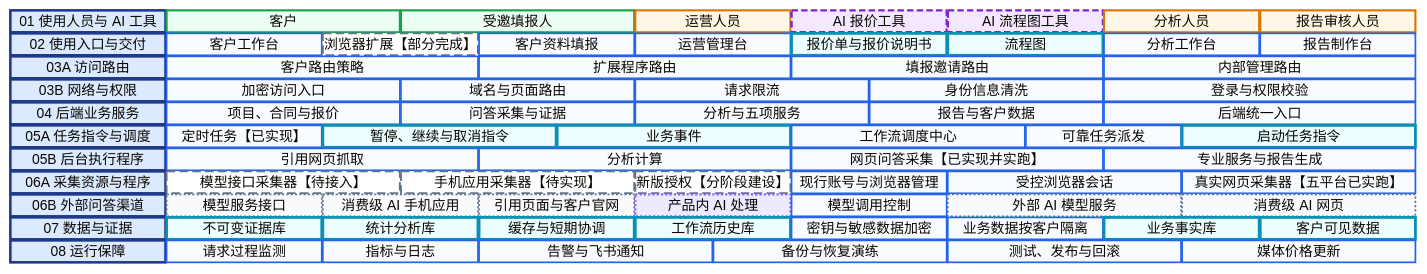
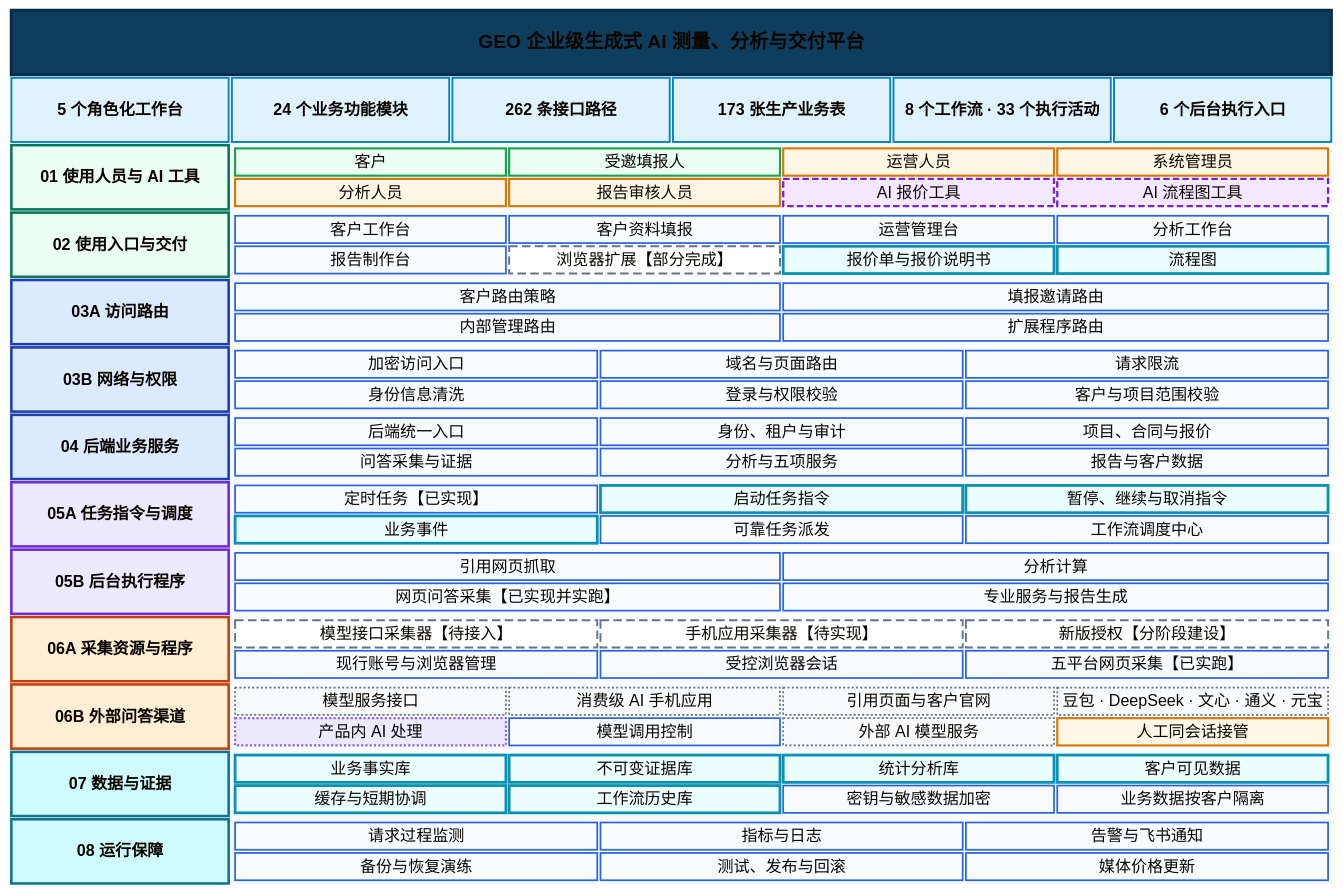
The first of 6 diagrams in docs/architecture/05-core-diagram-1-developer-refined.md (xln3/platform-v2), drawn with Mermaid before and after one commit. The commit also changed other lines of this file, not shown here.

Commit message:
docs: refine GEO architecture overview

```diff
--- a/docs/architecture/05-core-diagram-1-developer-refined.md
+++ b/docs/architecture/05-core-diagram-1-developer-refined.md
@@ -28,106 +28,158 @@
 ~~~mermaid
 %%{init: {
   "theme": "base",
-  "block": {"padding": 1},
-  "themeCSS": ".nodeLabel p { line-height: 1.05 !important; margin: 0 !important; } .label foreignObject div { line-height: 1.05 !important; }",
+  "block": {"padding": 3},
+  "themeCSS": ".nodeLabel p { line-height: 1.15 !important; margin: 0 !important; } .label foreignObject div { line-height: 1.15 !important; }",
   "themeVariables": {
     "fontFamily": "Inter, Noto Sans SC, Microsoft YaHei, sans-serif",
-    "fontSize": "13px",
+    "fontSize": "15px",
     "lineColor": "#475569"
   }
 }}%%
 block-beta
-    columns 18
+    columns 12
+
+    TITLE["GEO 企业级生成式 AI 测量、分析与交付平台"]:12
+
+    SCALE_1["5 个角色化工作台"]:2
+    SCALE_2["24 个业务功能模块"]:2
+    SCALE_3["262 条接口路径"]:2
+    SCALE_4["173 张生产业务表"]:2
+    SCALE_5["8 个工作流 · 33 个执行活动"]:2
+    SCALE_6["6 个后台执行入口"]:2
 
     H1["01 使用人员与 AI 工具"]:2
-    CUSTOMER["客户"]:3
-    INVITEE["受邀填报人"]:3
-    OPERATOR["运营人员"]:2
-    QUOTATION_SKILL["AI 报价工具"]:2
-    DIAGRAM_SKILL["AI 流程图工具"]:2
-    ANALYST["分析人员"]:2
-    REVIEWER["报告审核人员"]:2
+    block:L1:10
+        columns 4
+        CUSTOMER["客户"]
+        INVITEE["受邀填报人"]
+        OPERATOR["运营人员"]
+        ADMIN["系统管理员"]
+        ANALYST["分析人员"]
+        REVIEWER["报告审核人员"]
+        QUOTATION_SKILL["AI 报价工具"]
+        DIAGRAM_SKILL["AI 流程图工具"]
+    end
 
     H2["02 使用入口与交付"]:2
-    CUSTOMER_WEB["客户工作台"]:2
-    TERMINAL_EXTENSION["浏览器扩展【部分完成】"]:2
-    INTAKE_FORM["客户资料填报"]:2
-    OPERATIONS_WEB["运营管理台"]:2
-    COMMERCIAL_DOCS["报价单与报价说明书"]:2
-    FLOW_DOC["流程图"]:2
-    INTELLIGENCE_WEB["分析工作台"]:2
-    REPORT_STUDIO["报告制作台"]:2
+    block:L2:10
+        columns 4
+        CUSTOMER_WEB["客户工作台"]
+        INTAKE_FORM["客户资料填报"]
+        OPERATIONS_WEB["运营管理台"]
+        INTELLIGENCE_WEB["分析工作台"]
+        REPORT_STUDIO["报告制作台"]
+        TERMINAL_EXTENSION["浏览器扩展【部分完成】"]
+        COMMERCIAL_DOCS["报价单与报价说明书"]
+        FLOW_DOC["流程图"]
+    end
 
     H3A["03A 访问路由"]:2
-    CUSTOMER_EDGE["客户路由策略"]:4
-    AUXILIARY_EDGE["扩展程序路由"]:4
-    INTAKE_EDGE["填报邀请路由"]:4
-    MANAGEMENT_EDGE["内部管理路由"]:4
+    block:L3A:10
+        columns 2
+        CUSTOMER_EDGE["客户路由策略"]
+        INTAKE_EDGE["填报邀请路由"]
+        MANAGEMENT_EDGE["内部管理路由"]
+        AUXILIARY_EDGE["扩展程序路由"]
+    end
 
     H3B["03B 网络与权限"]:2
-    TLS["加密访问入口"]:3
-    ROUTING["域名与页面路由"]:3
-    RATE_LIMIT["请求限流"]:3
-    HEADER_CLEAN["身份信息清洗"]:3
-    APPLICATION_AUTH["登录与权限校验"]:4
+    block:L3B:10
+        columns 3
+        TLS["加密访问入口"]
+        ROUTING["域名与页面路由"]
+        RATE_LIMIT["请求限流"]
+        HEADER_CLEAN["身份信息清洗"]
+        APPLICATION_AUTH["登录与权限校验"]
+        SCOPE_CHECK_MAIN["客户与项目范围校验"]
+    end
 
     H4["04 后端业务服务"]:2
-    PROJECT_PLANE["项目、合同与报价"]:3
-    COLLECTION_PLANE["问答采集与证据"]:3
-    ANALYSIS_PLANE["分析与五项服务"]:3
-    DELIVERY_PLANE["报告与客户数据"]:3
-    API_APP["后端统一入口"]:4
+    block:L4:10
+        columns 3
+        API_APP["后端统一入口"]
+        IDENTITY_PLANE["身份、租户与审计"]
+        PROJECT_PLANE["项目、合同与报价"]
+        COLLECTION_PLANE["问答采集与证据"]
+        ANALYSIS_PLANE["分析与五项服务"]
+        DELIVERY_PLANE["报告与客户数据"]
+    end
 
     H5A["05A 任务指令与调度"]:2
-    SCHEDULER["定时任务【已实现】"]:2
-    SIGNAL_COMMAND["暂停、继续与取消指令"]:3
-    DOMAIN_EVENT["业务事件"]:3
-    TEMPORAL["工作流调度中心"]:3
-    OUTBOX_WORKER["可靠任务派发"]:2
-    START_COMMAND["启动任务指令"]:3
+    block:L5A:10
+        columns 3
+        SCHEDULER["定时任务【已实现】"]
+        START_COMMAND["启动任务指令"]
+        SIGNAL_COMMAND["暂停、继续与取消指令"]
+        DOMAIN_EVENT["业务事件"]
+        OUTBOX_WORKER["可靠任务派发"]
+        TEMPORAL["工作流调度中心"]
+    end
 
     H5B["05B 后台执行程序"]:2
-    SOURCE_WORKER["引用网页抓取"]:4
-    ANALYSIS_WORKER["分析计算"]:4
-    COLLECTION_WORKER["网页问答采集【已实现并实跑】"]:4
-    S02_WORKER["专业服务与报告生成"]:4
+    block:L5B:10
+        columns 2
+        SOURCE_WORKER["引用网页抓取"]
+        ANALYSIS_WORKER["分析计算"]
+        COLLECTION_WORKER["网页问答采集【已实现并实跑】"]
+        S02_WORKER["专业服务与报告生成"]
+    end
 
     H6A["06A 采集资源与程序"]:2
-    PROVIDER_ADAPTER["模型接口采集器【待接入】"]:3
-    APP_ADAPTER["手机应用采集器【待实现】"]:3
-    TYPED_GRANT["新版授权【分阶段建设】"]:2
-    V1_GOVERNANCE["现行账号与浏览器管理"]:2
-    EXECUTION_CONTEXT["受控浏览器会话"]:3
-    WEB_ADAPTER["真实网页采集器【五平台已实跑】"]:3
+    block:L6A:10
+        columns 3
+        PROVIDER_ADAPTER["模型接口采集器【待接入】"]
+        APP_ADAPTER["手机应用采集器【待实现】"]
+        TYPED_GRANT["新版授权【分阶段建设】"]
+        V1_GOVERNANCE["现行账号与浏览器管理"]
+        EXECUTION_CONTEXT["受控浏览器会话"]
+        WEB_ADAPTER["五平台网页采集【已实跑】"]
+    end
 
     H6B["06B 外部问答渠道"]:2
-    MODEL_API["模型服务接口"]:2
-    CONSUMER_APP["消费级 AI 手机应用"]:2
-    PUBLIC_WEB["引用页面与客户官网"]:2
-    RUNTIME_AI["产品内 AI 处理"]:2
-    MODEL_GATEWAY["模型调用控制"]:2
-    RUNTIME_MODEL["外部 AI 模型服务"]:3
-    CONSUMER_WEB["消费级 AI 网页"]:3
+    block:L6B:10
+        columns 4
+        MODEL_API["模型服务接口"]
+        CONSUMER_APP["消费级 AI 手机应用"]
+        PUBLIC_WEB["引用页面与客户官网"]
+        CONSUMER_WEB["豆包 · DeepSeek · 文心 · 通义 · 元宝"]
+        RUNTIME_AI["产品内 AI 处理"]
+        MODEL_GATEWAY["模型调用控制"]
+        RUNTIME_MODEL["外部 AI 模型服务"]
+        HUMAN_TAKEOVER["人工同会话接管"]
+    end
 
     H7["07 数据与证据"]:2
-    OBJECT_STORE["不可变证据库"]:2
-    CLICKHOUSE["统计分析库"]:2
-    REDIS["缓存与短期协调"]:2
-    TEMPORAL_PG["工作流历史库"]:2
-    VAULT["密钥与敏感数据加密"]:2
-    RLS["业务数据按客户隔离"]:2
-    POSTGRES["业务事实库"]:2
-    SAFE_PROJECTION["客户可见数据"]:2
+    block:L7:10
+        columns 4
+        POSTGRES["业务事实库"]
+        OBJECT_STORE["不可变证据库"]
+        CLICKHOUSE["统计分析库"]
+        SAFE_PROJECTION["客户可见数据"]
+        REDIS["缓存与短期协调"]
+        TEMPORAL_PG["工作流历史库"]
+        VAULT["密钥与敏感数据加密"]
+        RLS["业务数据按客户隔离"]
+    end
 
     H8["08 运行保障"]:2
-    TRACE_PIPELINE["请求过程监测"]:2
-    METRIC_LOG_PIPELINE["指标与日志"]:2
-    ALERT_PIPELINE["告警与飞书通知"]:3
-    BACKUP_PIPELINE["备份与恢复演练"]:3
-    RELEASE_PIPELINE["测试、发布与回滚"]:3
-    MEDIA_REFRESH["媒体价格更新"]:3
+    block:L8:10
+        columns 3
+        TRACE_PIPELINE["请求过程监测"]
+        METRIC_LOG_PIPELINE["指标与日志"]
+        ALERT_PIPELINE["告警与飞书通知"]
+        BACKUP_PIPELINE["备份与恢复演练"]
+        RELEASE_PIPELINE["测试、发布与回滚"]
+        MEDIA_REFRESH["媒体价格更新"]
+    end
 
-    classDef header fill:#dbeafe,stroke:#1e3a8a,color:#0f172a,stroke-width:2.4px;
+    classDef headerInteraction fill:#ecfdf5,stroke:#047857,color:#064e3b,stroke-width:2.4px,font-weight:700;
+    classDef headerPlatform fill:#dbeafe,stroke:#1e40af,color:#172554,stroke-width:2.4px,font-weight:700;
+    classDef headerExecution fill:#ede9fe,stroke:#6d28d9,color:#4c1d95,stroke-width:2.4px,font-weight:700;
+    classDef headerMeasurement fill:#ffedd5,stroke:#c2410c,color:#7c2d12,stroke-width:2.4px,font-weight:700;
+    classDef headerFoundation fill:#cffafe,stroke:#0e7490,color:#164e63,stroke-width:2.4px,font-weight:700;
+    classDef title fill:#0f3d5e,stroke:#082f49,color:#ffffff,stroke-width:3px,font-size:18px,font-weight:700;
+    classDef scale fill:#e0f2fe,stroke:#0284c7,color:#0c4a6e,stroke-width:1.8px,font-weight:600;
     classDef customer fill:#ecfdf3,stroke:#16a34a,color:#14532d,stroke-width:2px;
     classDef human fill:#fff7e6,stroke:#d97706,color:#78350f,stroke-width:2px;
     classDef skill fill:#f3e8ff,stroke:#7e22ce,color:#581c87,stroke-width:2.2px,stroke-dasharray:6 3;
@@ -137,14 +189,20 @@
     classDef fact fill:#ecfeff,stroke:#0891b2,color:#164e63,stroke-width:2.6px;
     classDef target fill:#ffffff,stroke:#64748b,color:#334155,stroke-width:1.8px,stroke-dasharray:8 4;
 
-    class H1,H2,H3A,H3B,H4,H5A,H5B,H6A,H6B,H7,H8 header
+    class TITLE title
+    class SCALE_1,SCALE_2,SCALE_3,SCALE_4,SCALE_5,SCALE_6 scale
+    class H1,H2 headerInteraction
+    class H3A,H3B,H4 headerPlatform
+    class H5A,H5B headerExecution
+    class H6A,H6B headerMeasurement
+    class H7,H8 headerFoundation
     class CUSTOMER,INVITEE customer
-    class OPERATOR,ANALYST,REVIEWER human
+    class OPERATOR,ADMIN,ANALYST,REVIEWER,HUMAN_TAKEOVER human
     class QUOTATION_SKILL,DIAGRAM_SKILL skill
     class RUNTIME_AI runtime
     class MODEL_API,CONSUMER_WEB,PUBLIC_WEB,CONSUMER_APP,RUNTIME_MODEL external
     class TYPED_GRANT,PROVIDER_ADAPTER,APP_ADAPTER,TERMINAL_EXTENSION target
     class COMMERCIAL_DOCS,FLOW_DOC,START_COMMAND,SIGNAL_COMMAND,DOMAIN_EVENT,POSTGRES,OBJECT_STORE,CLICKHOUSE,REDIS,TEMPORAL_PG,SAFE_PROJECTION fact
-    class CUSTOMER_WEB,INTAKE_FORM,OPERATIONS_WEB,INTELLIGENCE_WEB,REPORT_STUDIO,CUSTOMER_EDGE,INTAKE_EDGE,MANAGEMENT_EDGE,AUXILIARY_EDGE,TLS,ROUTING,RATE_LIMIT,HEADER_CLEAN,APPLICATION_AUTH,API_APP,PROJECT_PLANE,COLLECTION_PLANE,ANALYSIS_PLANE,DELIVERY_PLANE,SCHEDULER,OUTBOX_WORKER,TEMPORAL,COLLECTION_WORKER,SOURCE_WORKER,ANALYSIS_WORKER,S02_WORKER,V1_GOVERNANCE,EXECUTION_CONTEXT,WEB_ADAPTER,MODEL_GATEWAY,RLS,VAULT,TRACE_PIPELINE,METRIC_LOG_PIPELINE,ALERT_PIPELINE,BACKUP_PIPELINE,RELEASE_PIPELINE,MEDIA_REFRESH software
+    class CUSTOMER_WEB,INTAKE_FORM,OPERATIONS_WEB,INTELLIGENCE_WEB,REPORT_STUDIO,CUSTOMER_EDGE,INTAKE_EDGE,MANAGEMENT_EDGE,AUXILIARY_EDGE,TLS,ROUTING,RATE_LIMIT,HEADER_CLEAN,APPLICATION_AUTH,SCOPE_CHECK_MAIN,API_APP,IDENTITY_PLANE,PROJECT_PLANE,COLLECTION_PLANE,ANALYSIS_PLANE,DELIVERY_PLANE,SCHEDULER,OUTBOX_WORKER,TEMPORAL,COLLECTION_WORKER,SOURCE_WORKER,ANALYSIS_WORKER,S02_WORKER,V1_GOVERNANCE,EXECUTION_CONTEXT,WEB_ADAPTER,MODEL_GATEWAY,RLS,VAULT,TRACE_PIPELINE,METRIC_LOG_PIPELINE,ALERT_PIPELINE,BACKUP_PIPELINE,RELEASE_PIPELINE,MEDIA_REFRESH software
 
 ~~~
```
